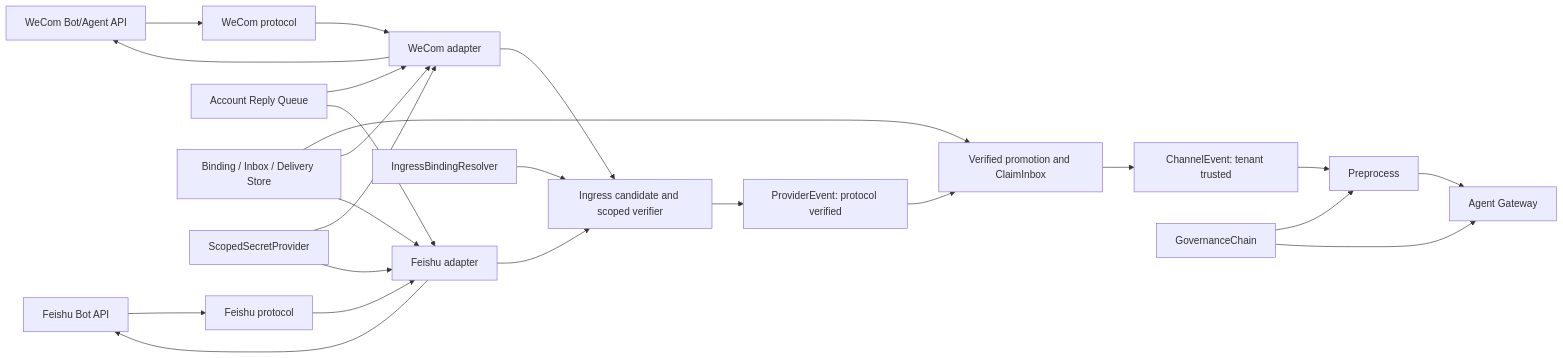
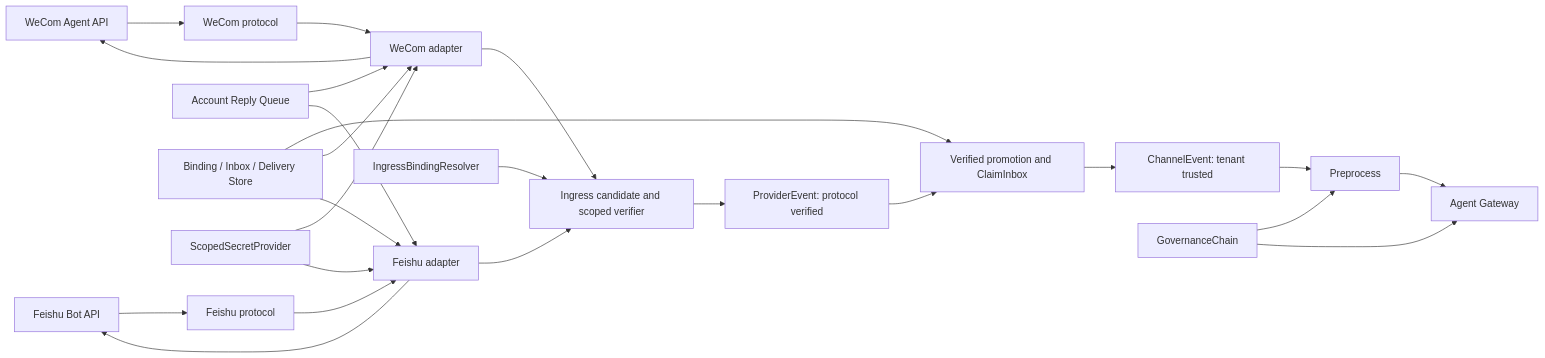
One commit to everfid-ever/trpc-agent-service changed the first of 6 diagrams in docs/design/4.channel-governance-security-design.md. Above: the diagram before and after it, drawn with Mermaid. The commit also changed other lines of this file and 15 other files, not shown here.

````diff
--- a/docs/design/4.channel-governance-security-design.md
+++ b/docs/design/4.channel-governance-security-design.md
@@ -85,26 +85,26 @@
 ```mermaid
 flowchart LR
-    WC[WeCom Bot/Agent API] --> WCP[WeCom protocol]
+    WC[WeCom Agent API] --> WCP[WeCom protocol]
     FS[Feishu Bot API] --> FSP[Feishu protocol]
     WCP --> WCA[WeCom adapter]
     FSP --> FSA[Feishu adapter]
     WCA --> IC[Ingress candidate and scoped verifier]
     FSA --> IC
     IC --> PE[ProviderEvent: protocol verified]
     PE --> BC[Verified promotion and ClaimInbox]
     BC --> CE[ChannelEvent: tenant trusted]
     CE --> PP[Preprocess]
     PP --> GW[Agent Gateway]
     RQ[Account Reply Queue] --> WCA
     RQ --> FSA
     WCA --> WC
     FSA --> FS
     BS[Binding / Inbox / Delivery Store] --> BC
     BS --> WCA
     BS --> FSA
     IR[IngressBindingResolver] --> IC
     SP[ScopedSecretProvider] --> WCA
     SP --> FSA
     GC[GovernanceChain] --> PP
     GC --> GW
 ```
````
